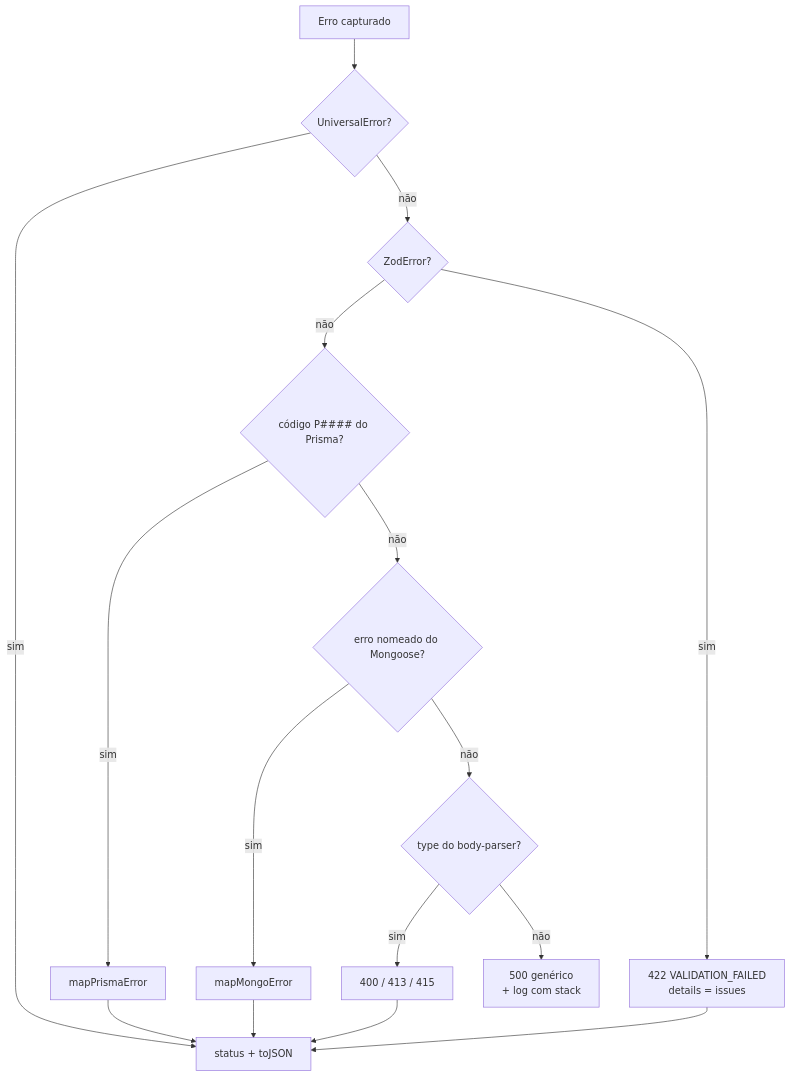
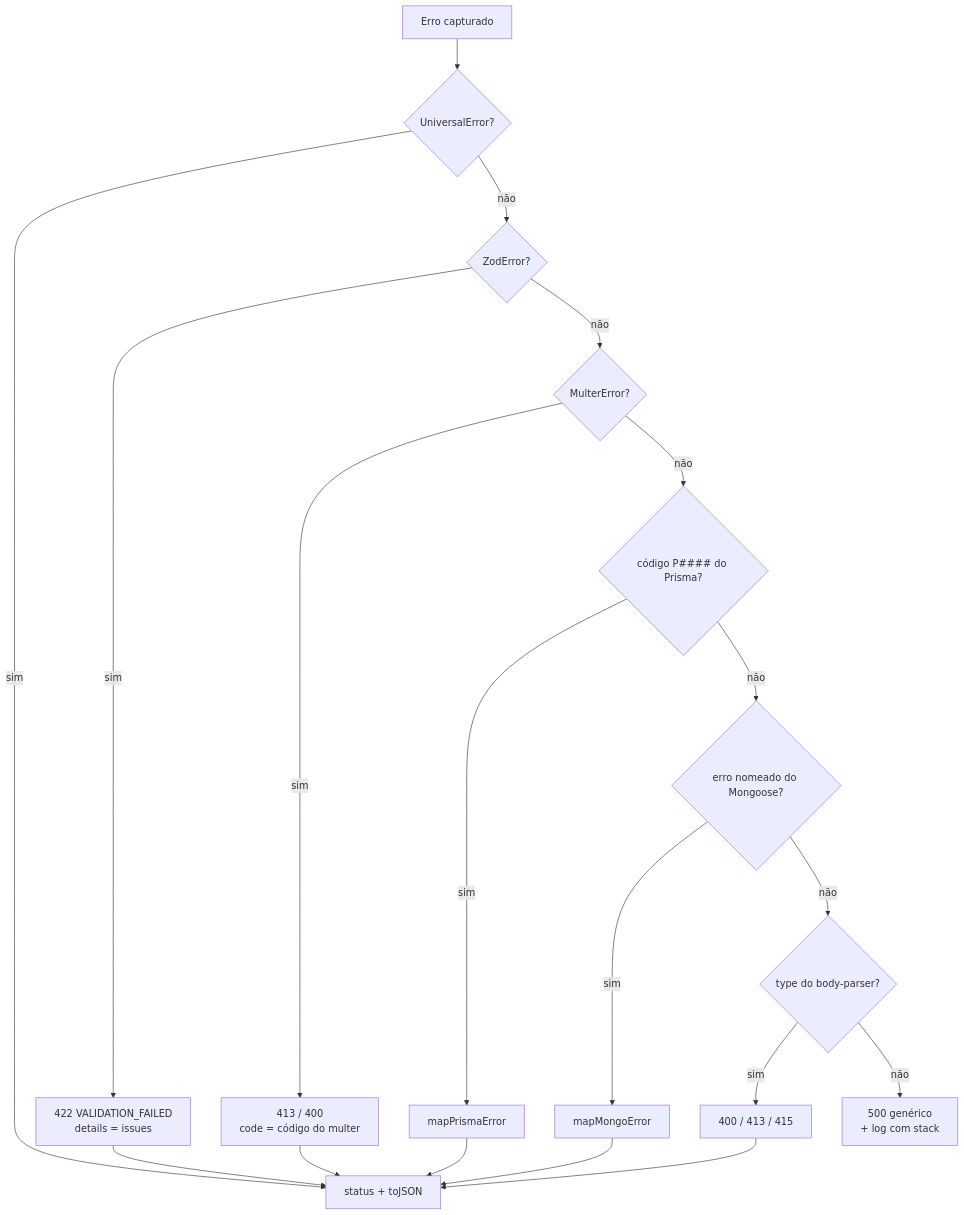
The diagram in docs/RESPONSE_CONVENTIONS.md (AsaGeki/project-schema-web), drawn with Mermaid before and after one commit. The commit also changed other lines of this file and 6 other files, not shown here.

````diff
--- a/docs/RESPONSE_CONVENTIONS.md
+++ b/docs/RESPONSE_CONVENTIONS.md
@@ -147,18 +151,21 @@
 ```mermaid
 flowchart TD
   E[Erro capturado] --> U{UniversalError?}
   U -- sim --> R[status + toJSON]
   U -- não --> Z{ZodError?}
   Z -- sim --> V["422 VALIDATION_FAILED<br/>details = issues"]
-  Z -- não --> P{"código P#### do Prisma?"}
+  Z -- não --> ML{MulterError?}
+  ML -- sim --> MU["413 / 400<br/>code = código do multer"]
+  ML -- não --> P{"código P#### do Prisma?"}
   P -- sim --> MP[mapPrismaError]
   P -- não --> M{"erro nomeado do Mongoose?"}
   M -- sim --> MM[mapMongoError]
   M -- não --> B{"type do body-parser?"}
   B -- sim --> MB["400 / 413 / 415"]
   B -- não --> I["500 genérico<br/>+ log com stack"]
   MP --> R
   MM --> R
   MB --> R
+  MU --> R
   V --> R
 ```
````
